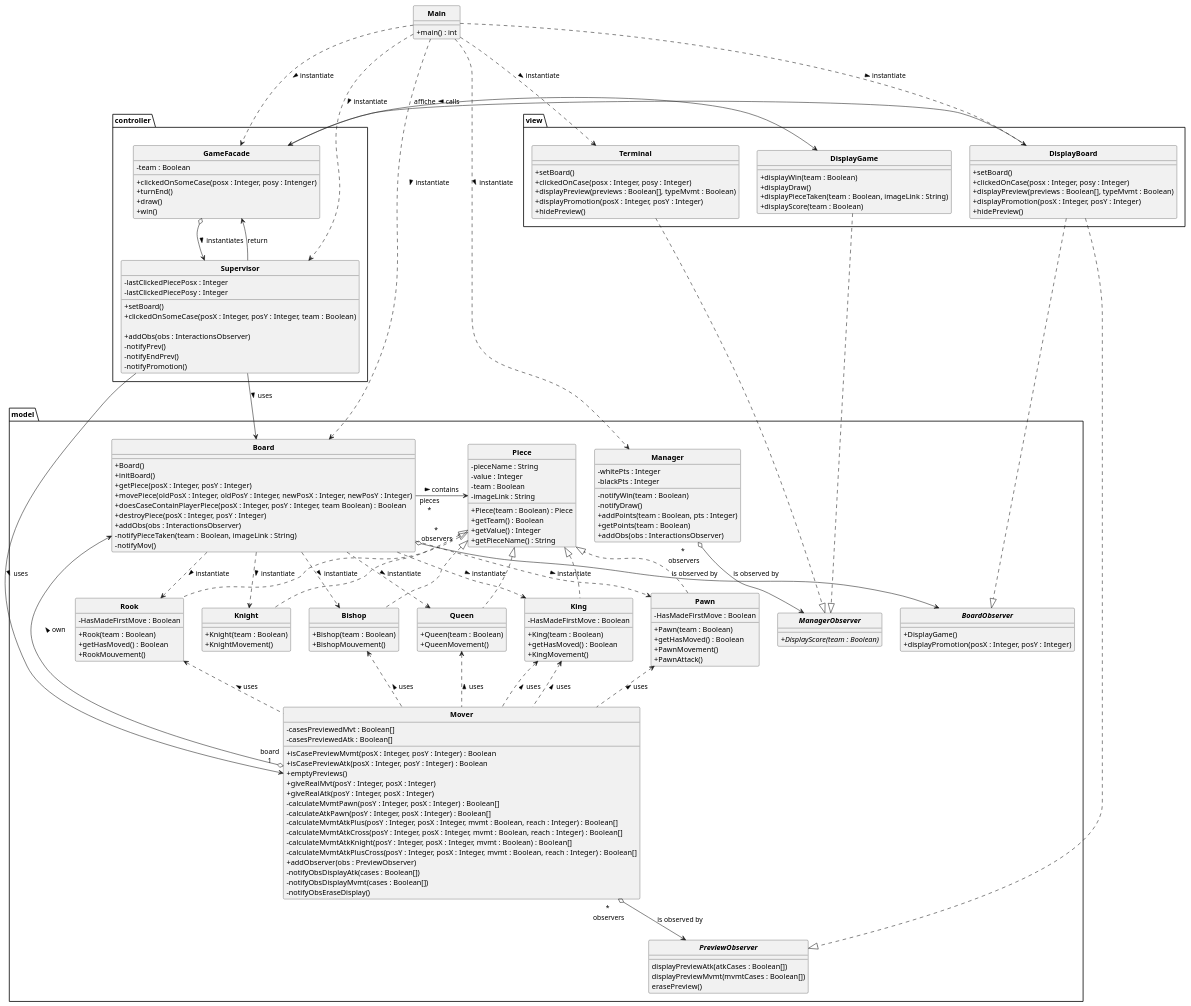
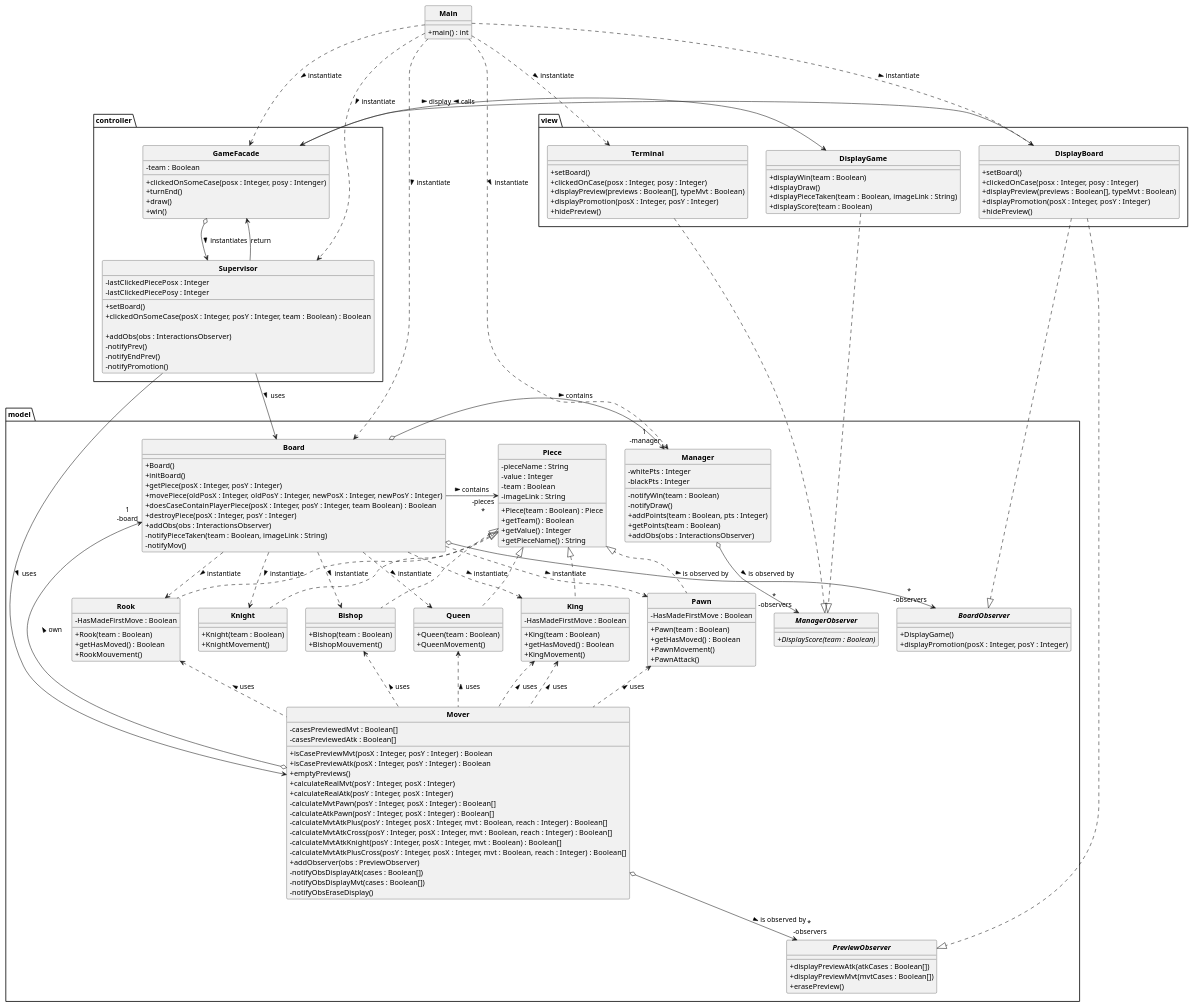
One commit to SharkyFlou/chess-game changed the diagram in class_diagram_clean.puml. Above: the diagram before and after it, drawn with PlantUML.

Commit message:
Ajout visibilité de tout sur le PUML, ajout liens, ajout retur clickedOnSomeCase

```diff
--- a/class_diagram_clean.puml
+++ b/class_diagram_clean.puml
@@ -33,28 +33,28 @@
         class Mover{
             - casesPreviewedMvt : Boolean[]
             - casesPreviewedAtk : Boolean[]
-            + isCasePreviewMvmt(posX : Integer, posY : Integer) : Boolean
+            + isCasePreviewMvt(posX : Integer, posY : Integer) : Boolean
             + isCasePreviewAtk(posX : Integer, posY : Integer) : Boolean
             + emptyPreviews()
-            + giveRealMvt(posY : Integer, posX : Integer)
-            + giveRealAtk(posY : Integer, posX : Integer)
-            - calculateMvmtPawn(posY : Integer, posX : Integer) : Boolean[]
+            + calculateRealMvt(posY : Integer, posX : Integer)
+            + calculateRealAtk(posY : Integer, posX : Integer)
+            - calculateMvtPawn(posY : Integer, posX : Integer) : Boolean[]
             - calculateAtkPawn(posY : Integer, posX : Integer) : Boolean[]
-            ' the boolean mvmts, when true calcul the mvmt, when false calcul the atk
-            - calculateMvmtAtkPlus(posY : Integer, posX : Integer, mvmt : Boolean, reach : Integer) : Boolean[]
-            - calculateMvmtAtkCross(posY : Integer, posX : Integer, mvmt : Boolean, reach : Integer) : Boolean[]
-            - calculateMvmtAtkKnight(posY : Integer, posX : Integer, mvmt : Boolean) : Boolean[]
-            - calculateMvmtAtkPlusCross(posY : Integer, posX : Integer, mvmt : Boolean, reach : Integer) : Boolean[]
+            ' the boolean mvts, when true calcul the mvt, when false calcul the atk
+            - calculateMvtAtkPlus(posY : Integer, posX : Integer, mvt : Boolean, reach : Integer) : Boolean[]
+            - calculateMvtAtkCross(posY : Integer, posX : Integer, mvt : Boolean, reach : Integer) : Boolean[]
+            - calculateMvtAtkKnight(posY : Integer, posX : Integer, mvt : Boolean) : Boolean[]
+            - calculateMvtAtkPlusCross(posY : Integer, posX : Integer, mvt : Boolean, reach : Integer) : Boolean[]
             + addObserver(obs : PreviewObserver)
             - notifyObsDisplayAtk(cases : Boolean[])
-            - notifyObsDisplayMvmt(cases : Boolean[])
+            - notifyObsDisplayMvt(cases : Boolean[])
             - notifyObsEraseDisplay()
         }
 
         interface PreviewObserver{
-            displayPreviewAtk(atkCases : Boolean[])
-            displayPreviewMvmt(mvmtCases : Boolean[])
-            erasePreview()
+            +displayPreviewAtk(atkCases : Boolean[])
+            +displayPreviewMvt(mvtCases : Boolean[])
+            +erasePreview()
         }
 
         class Piece{
@@ -138,7 +138,7 @@
             - lastClickedPiecePosy : Integer 
             ' on garde pas une piece en privé car on peut trouver la piece selon sa position
             + setBoard()
-            + clickedOnSomeCase(posX : Integer, posY : Integer, team : Boolean)
+            + clickedOnSomeCase(posX : Integer, posY : Integer, team : Boolean) : Boolean
             
             + addObs(obs : InteractionsObserver)
             - notifyPrev()
@@ -160,7 +160,7 @@
         class DisplayBoard{
             + setBoard()
             + clickedOnCase(posx : Integer, posy : Integer)
-            + displayPreview(previews : Boolean[], typeMvmt : Boolean)
+            + displayPreview(previews : Boolean[], typeMvt : Boolean)
             + displayPromotion(posX : Integer, posY : Integer)
             + hidePreview()
         }
@@ -175,7 +175,7 @@
         class Terminal{
             + setBoard()
             + clickedOnCase(posx : Integer, posy : Integer)
-            + displayPreview(previews : Boolean[], typeMvmt : Boolean)
+            + displayPreview(previews : Boolean[], typeMvt : Boolean)
             + displayPromotion(posX : Integer, posY : Integer)
             + hidePreview()
         }
@@ -199,9 +199,9 @@
     'DisplayBoard o--> PanelPlayer : "use >"
 
     'model
-    Board "*\n observers" o--> BoardObserver : "is observed by"
-    Manager "*\n observers" o--> ManagerObserver : "is observed by"
-    Mover "*\n observers" o--> PreviewObserver : "is observed by"
+    Board  o--> "*\n -observers" BoardObserver : "is observed by >"
+    Manager  o--> "*\n -observers" ManagerObserver : "is observed by >"
+    Mover  o--> "*\n -observers" PreviewObserver : > is observed by
    
     ' Piece <|.down.. Knight 
     ' Piece <|.down.. Pawn 
@@ -217,7 +217,7 @@
     Board ..> King : "instantiate >"
     Board ..> Queen : "instantiate >"
 
-    Board "pieces\n*" -> Piece : " contains >"
+    Board -> "-pieces\n*" Piece : " contains >"
 
     'controller
     GameFacade o--> Supervisor : "instantiates >"
@@ -228,7 +228,7 @@
     'relation view - controller
     'cette relation envoie la position de la case cliquee a controller
     DisplayBoard -right-> GameFacade : "calls >"  
-    GameFacade -> DisplayGame : "affiche"
+    GameFacade -> DisplayGame : "display >"
     
     'relation view - model
     DisplayGame ..|> ManagerObserver : ""
@@ -242,10 +242,11 @@
 
 
     'layout
-    Board -[hidden]> Manager
+    Board o-> "1\n -manager" Manager : > contains 
+    
     'DisplayBoard -[hidden]> Supervisor : "consults >"
 
-    Mover "board\n1" o-> Board : "own >"
+    Mover  o-> "1\n-board" Board : "own >"
     Mover .u.> Rook : "uses >"
     Mover .u.> Pawn : "uses >"
     Mover .u.> King : "uses >"
```
